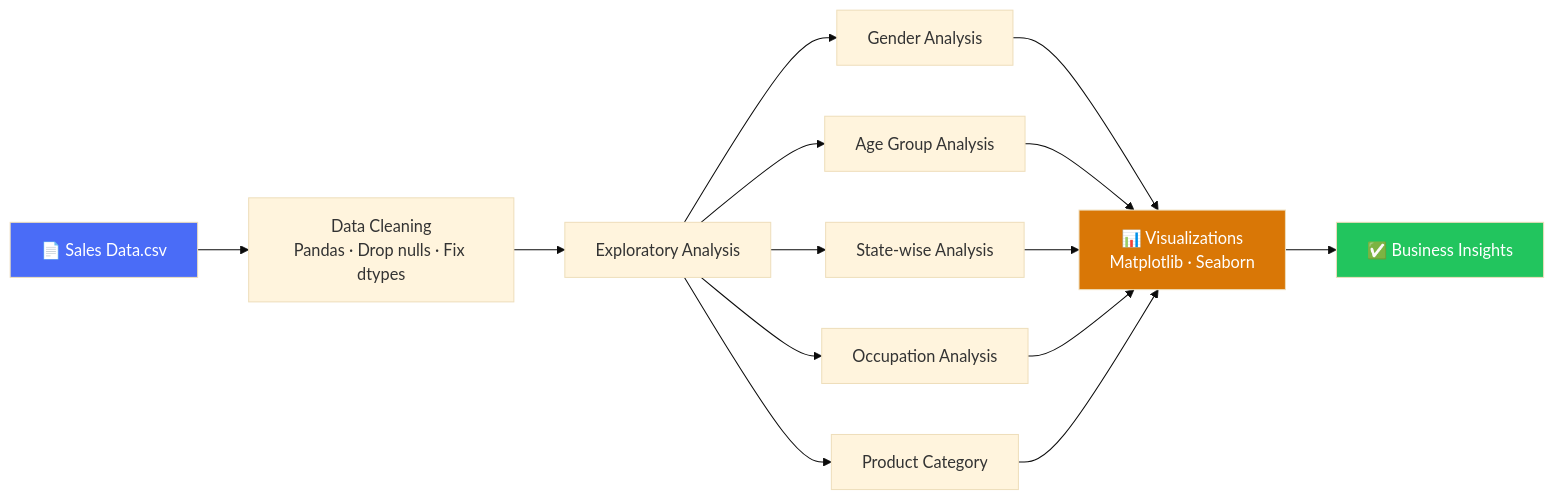
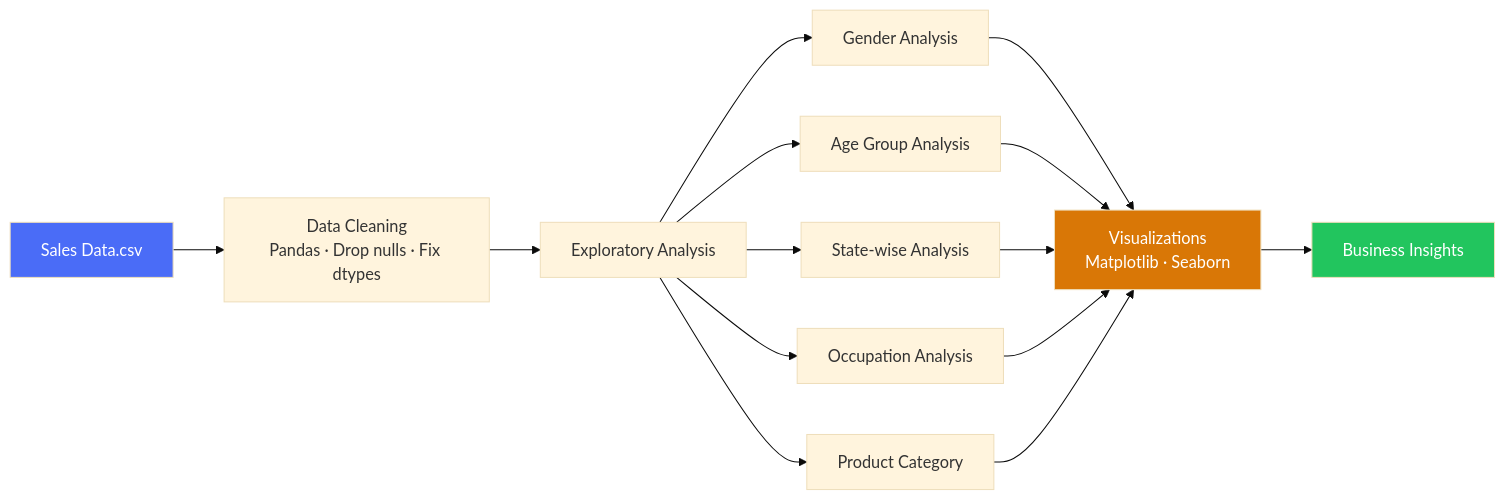
One commit to a-r-ashik/Data-Analysis changed the third of 7 diagrams in README.md. Above: the diagram before and after it, drawn with Mermaid (base theme). The commit also changed other lines of this file, not shown here.

````diff
--- a/README.md
+++ b/README.md
@@ -152,16 +152,16 @@
 ```mermaid
 flowchart LR
-    A[📄 Sales Data.csv] --> B[Data Cleaning\nPandas · Drop nulls · Fix dtypes]
+    A[ Sales Data.csv] --> B[Data Cleaning\nPandas · Drop nulls · Fix dtypes]
     B --> C[Exploratory Analysis]
     C --> D[Gender Analysis]
     C --> E[Age Group Analysis]
     C --> F[State-wise Analysis]
     C --> G[Occupation Analysis]
     C --> H[Product Category]
-    D & E & F & G & H --> I[📊 Visualizations\nMatplotlib · Seaborn]
-    I --> J[✅ Business Insights]
+    D & E & F & G & H --> I[ Visualizations\nMatplotlib · Seaborn]
+    I --> J[ Business Insights]
 
     style A fill:#4a6cf7,color:#fff
     style I fill:#D97706,color:#fff
     style J fill:#22C55E,color:#fff
 ```
````
